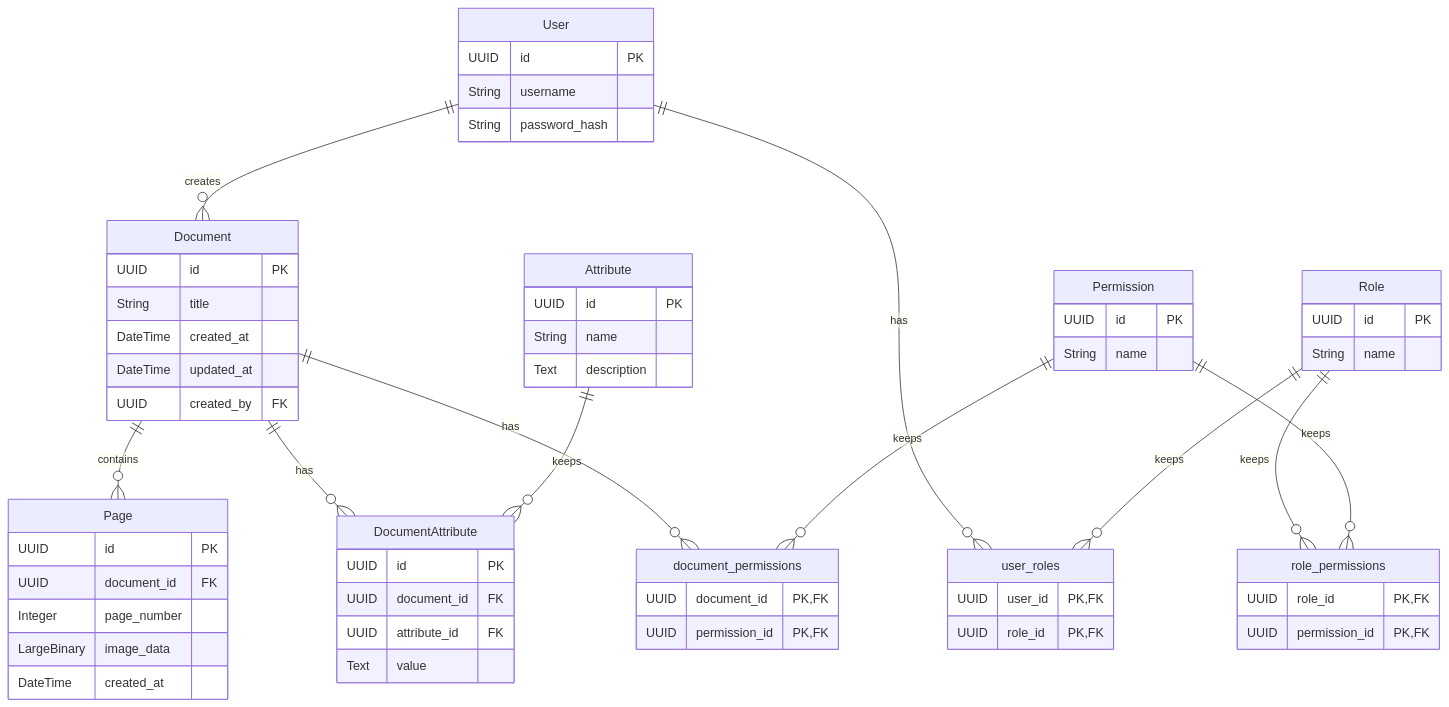
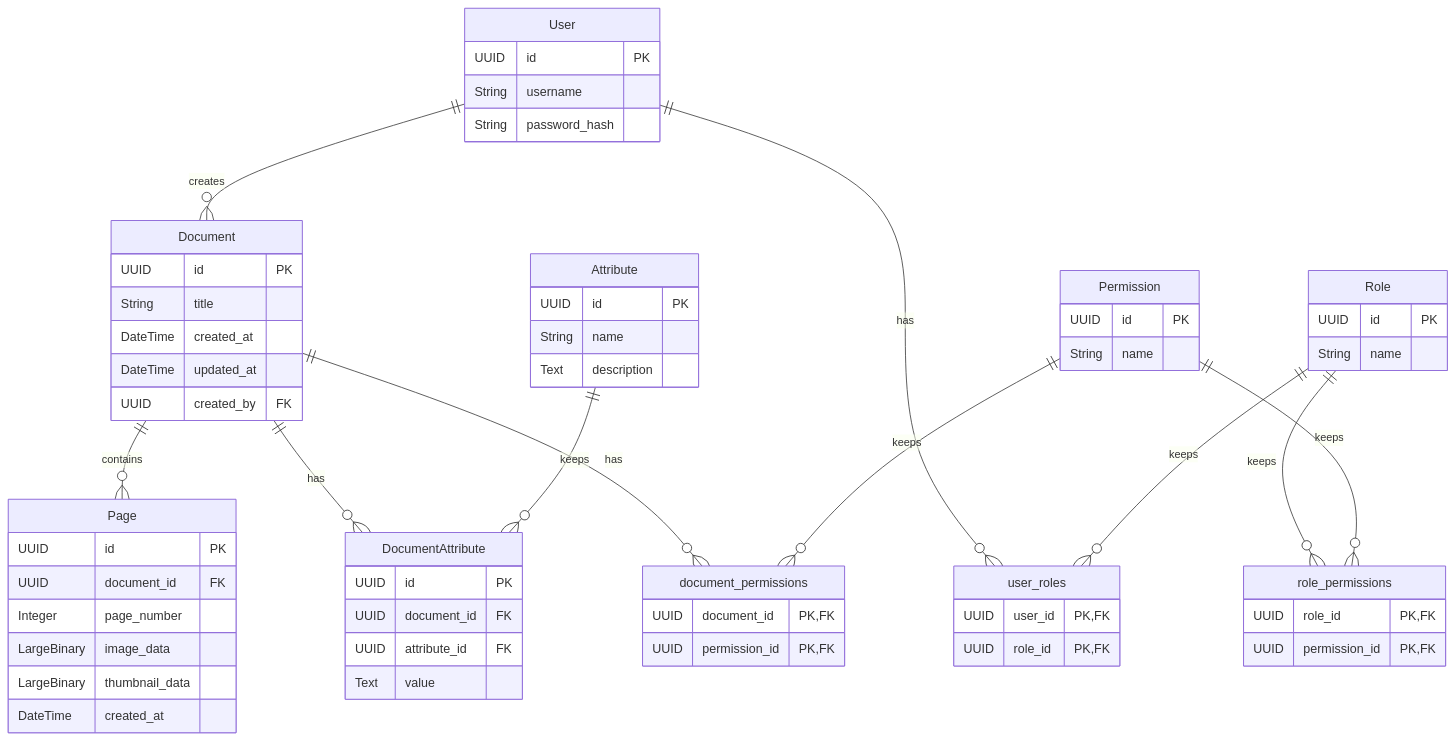
The diagram in database/scheme.md (thunderquack/arc-be), drawn with Mermaid before and after one commit. The commit also changed 2 other files, not shown here.

Commit message:
thumbnail data

````diff
--- a/database/scheme.md
+++ b/database/scheme.md
@@ -3,74 +3,75 @@
 ```mermaid
 erDiagram
     User {
         UUID id PK
         String username
         String password_hash
     }
     
     Role {
         UUID id PK
         String name
     }
     
     Permission {
         UUID id PK
         String name
     }
     
     Document {
         UUID id PK
         String title
         DateTime created_at
         DateTime updated_at
         UUID created_by FK
     }
     
     Page {
         UUID id PK
         UUID document_id FK
         Integer page_number
         LargeBinary image_data
+        LargeBinary thumbnail_data
         DateTime created_at
     }
     
     Attribute {
         UUID id PK
         String name
         Text description
     }
     
     DocumentAttribute {
         UUID id PK
         UUID document_id FK
         UUID attribute_id FK
         Text value
     }
 
     user_roles {
         UUID user_id PK, FK
         UUID role_id PK, FK
     }
     
     role_permissions {
         UUID role_id PK, FK
         UUID permission_id PK, FK
     }
     
     document_permissions {
         UUID document_id PK, FK
         UUID permission_id PK, FK
     }
 
     User ||--o{ Document : "creates"
     User ||--o{ user_roles : "has"
     Role ||--o{ user_roles : "keeps"
     Role ||--o{ role_permissions : "keeps"
     Permission ||--o{ role_permissions : "keeps"
     Document ||--o{ Page : "contains"
     Document ||--o{ DocumentAttribute : "has"
     Document ||--o{ document_permissions : "has"
     Attribute ||--o{ DocumentAttribute : "keeps"
     Permission ||--o{ document_permissions : "keeps"
 
 ```
````
